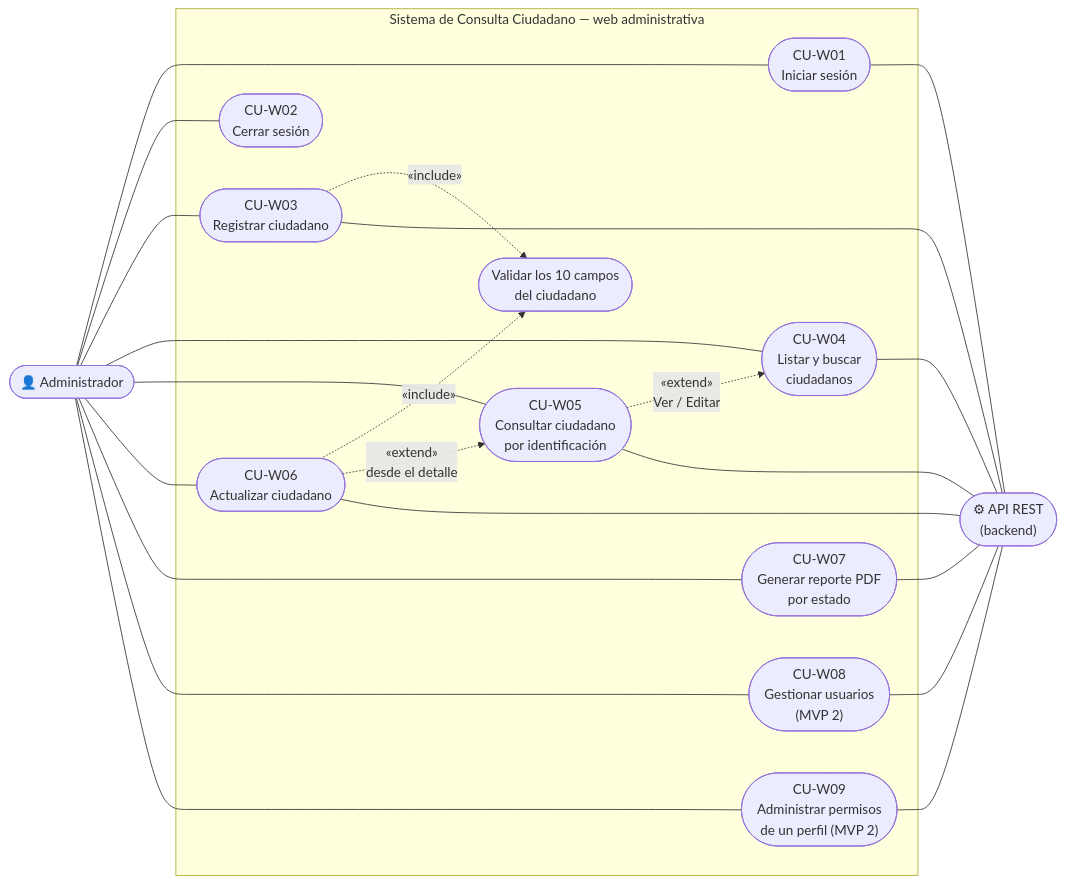
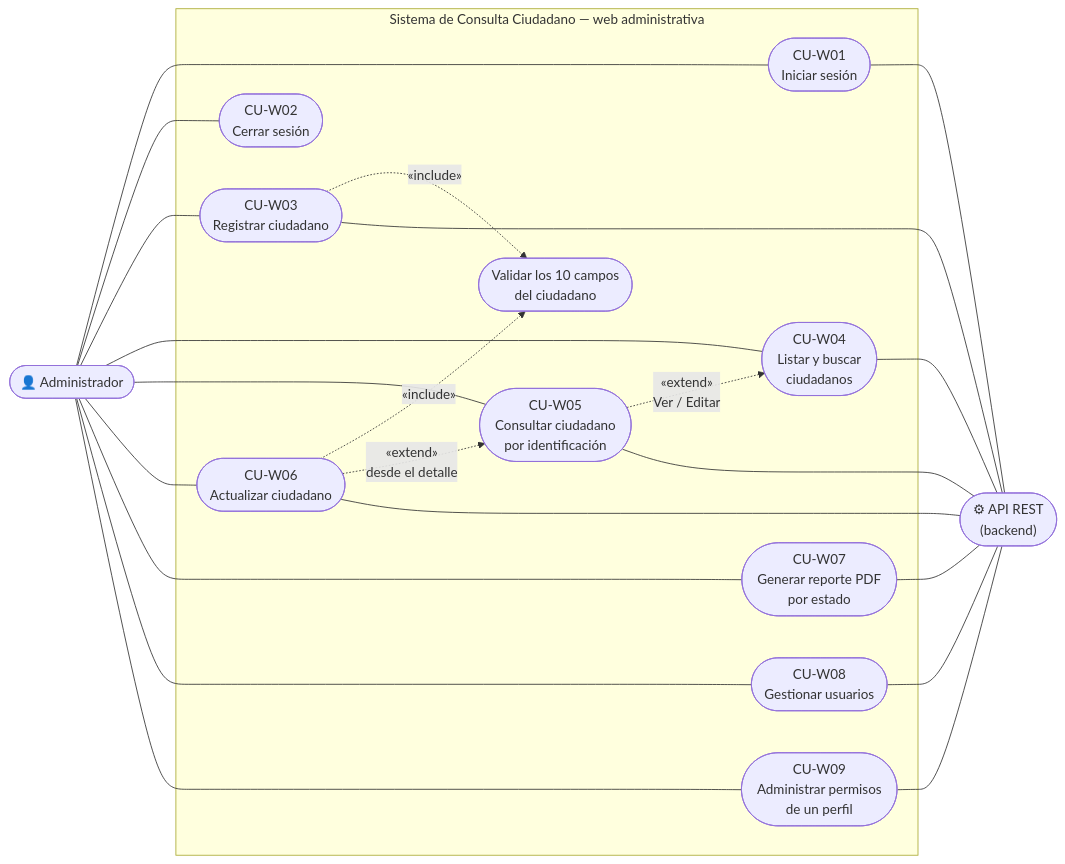
The diagram in proyecto/web/docs/casos-de-uso.md (Landrea28/Ingenieria-de-Software-Uno), drawn with Mermaid before and after one commit. The commit also changed other lines of this file and 53 other files, not shown here.

````diff
--- a/proyecto/web/docs/casos-de-uso.md
+++ b/proyecto/web/docs/casos-de-uso.md
@@ -14,40 +14,40 @@
 ```mermaid
 flowchart LR
     admin(["👤 Administrador"])
     api(["⚙ API REST<br/>(backend)"])
 
     subgraph sistema["Sistema de Consulta Ciudadano — web administrativa"]
         cu01(["CU-W01<br/>Iniciar sesión"])
         cu02(["CU-W02<br/>Cerrar sesión"])
         cu03(["CU-W03<br/>Registrar ciudadano"])
         cu04(["CU-W04<br/>Listar y buscar<br/>ciudadanos"])
         cu05(["CU-W05<br/>Consultar ciudadano<br/>por identificación"])
         cu06(["CU-W06<br/>Actualizar ciudadano"])
         cu07(["CU-W07<br/>Generar reporte PDF<br/>por estado"])
-        cu08(["CU-W08<br/>Gestionar usuarios<br/>(MVP 2)"])
-        cu09(["CU-W09<br/>Administrar permisos<br/>de un perfil (MVP 2)"])
+        cu08(["CU-W08<br/>Gestionar usuarios"])
+        cu09(["CU-W09<br/>Administrar permisos<br/>de un perfil"])
         val(["Validar los 10 campos<br/>del ciudadano"])
     end
 
     admin --- cu01
     admin --- cu02
     admin --- cu03
     admin --- cu04
     admin --- cu05
     admin --- cu06
     admin --- cu07
     admin --- cu08
     admin --- cu09
     cu03 -. "«include»" .-> val
     cu06 -. "«include»" .-> val
     cu06 -. "«extend»<br/>desde el detalle" .-> cu05
     cu05 -. "«extend»<br/>Ver / Editar" .-> cu04
     cu01 --- api
     cu03 --- api
     cu04 --- api
     cu05 --- api
     cu06 --- api
     cu07 --- api
     cu08 --- api
     cu09 --- api
 ```
````
